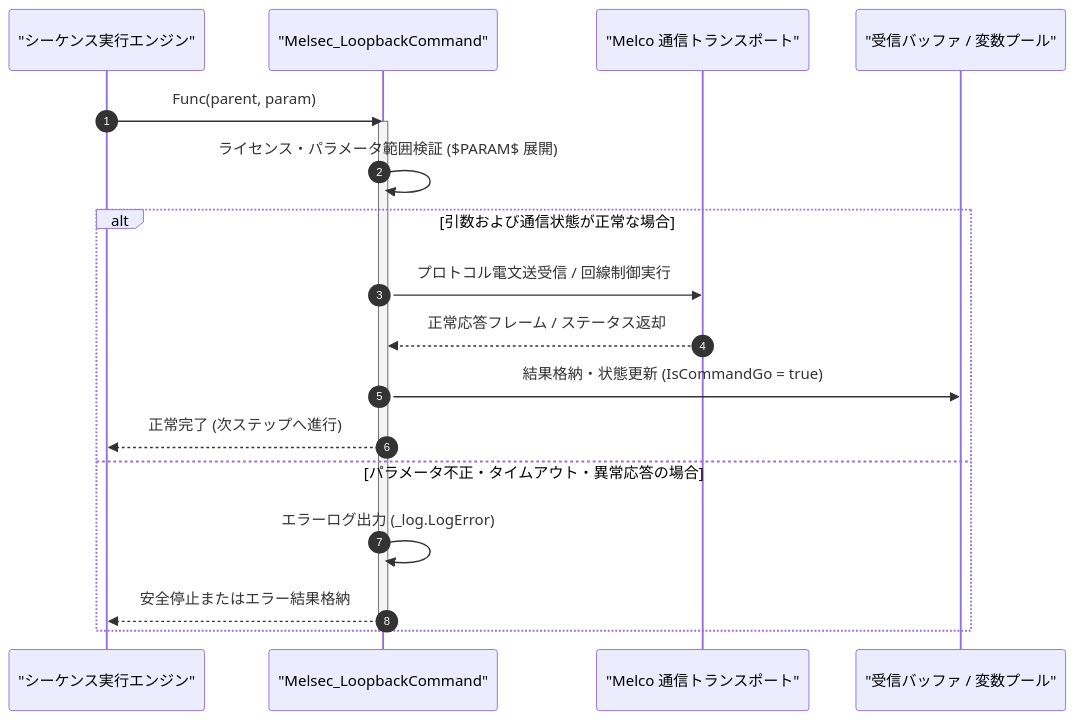
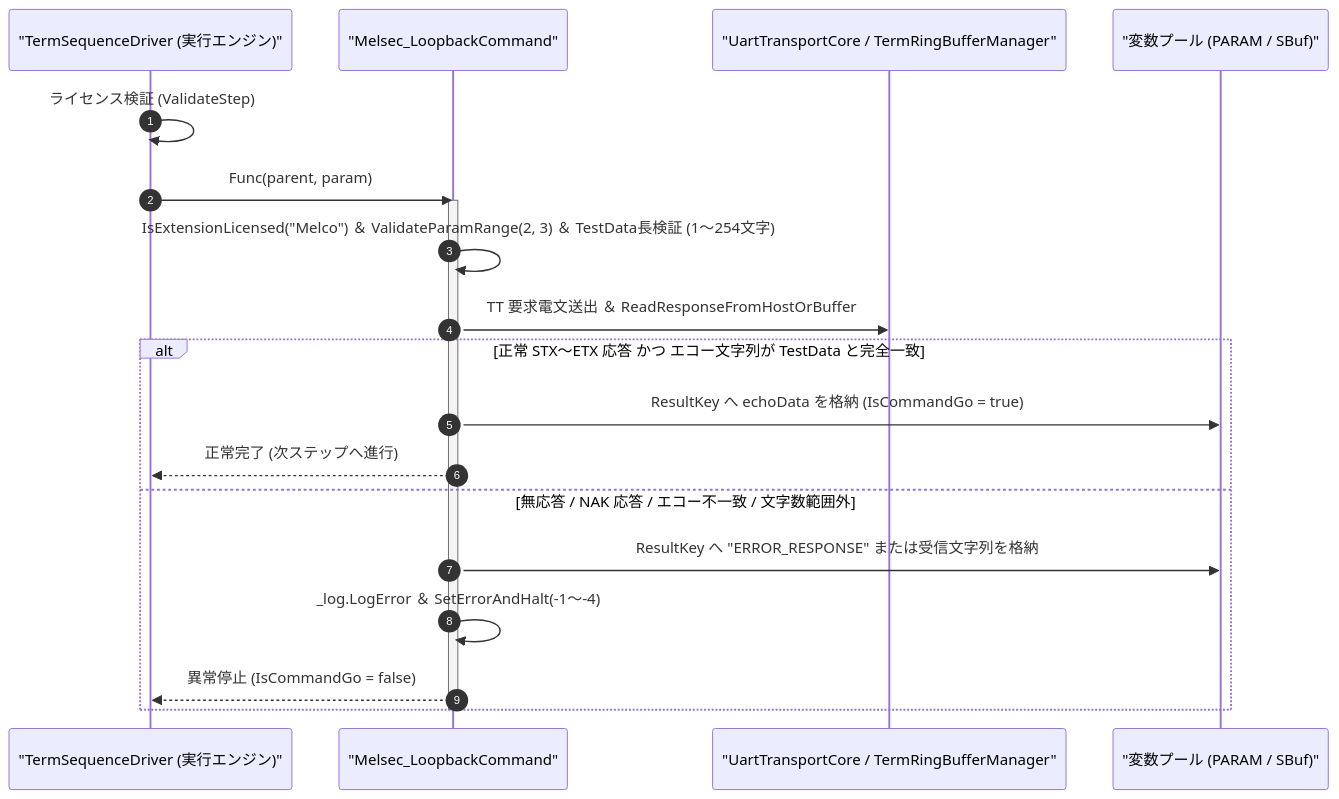
The diagram in Manual/Melco/Melsec_Loopback.Md (Monaca-App/TermAddIn), drawn with Mermaid before and after one commit. The commit also changed other lines of this file and 157 other files, not shown here.

````diff
--- a/Manual/Melco/Melsec_Loopback.Md
+++ b/Manual/Melco/Melsec_Loopback.Md
@@ -68,22 +67,23 @@
 ```mermaid
 sequenceDiagram
     autonumber
-    participant Script as "シーケンス実行エンジン"
+    participant Driver as "TermSequenceDriver (実行エンジン)"
     participant Cmd as "Melsec_LoopbackCommand"
-    participant Trans as "Melco 通信トランスポート"
-    participant Buf as "受信バッファ / 変数プール"
+    participant Port as "UartTransportCore / TermRingBufferManager"
+    participant Buf as "変数プール (PARAM / SBuf)"
 
-    Script->>Cmd: Func(parent, param)
+    Driver->>Driver: ライセンス検証 (ValidateStep)
+    Driver->>Cmd: Func(parent, param)
     activate Cmd
-    Cmd->>Cmd: ライセンス・パラメータ範囲検証 ($PARAM$ 展開)
-    alt 引数および通信状態が正常な場合
-        Cmd->>Trans: プロトコル電文送受信 / 回線制御実行
-        Trans-->>Cmd: 正常応答フレーム / ステータス返却
-        Cmd->>Buf: 結果格納・状態更新 (IsCommandGo = true)
-        Cmd-->>Script: 正常完了 (次ステップへ進行)
-    else パラメータ不正・タイムアウト・異常応答の場合
-        Cmd->>Cmd: エラーログ出力 (_log.LogError)
-        Cmd-->>Script: 安全停止またはエラー結果格納
+    Cmd->>Cmd: IsExtensionLicensed("Melco") ＆ ValidateParamRange(2, 3) ＆ TestData長検証 (1〜254文字)
+    Cmd->>Port: TT 要求電文送出 ＆ ReadResponseFromHostOrBuffer
+    alt 正常 STX〜ETX 応答 かつ エコー文字列が TestData と完全一致
+        Cmd->>Buf: ResultKey へ echoData を格納 (IsCommandGo = true)
+        Cmd-->>Driver: 正常完了 (次ステップへ進行)
+    else 無応答 / NAK 応答 / エコー不一致 / 文字数範囲外
+        Cmd->>Buf: ResultKey へ "ERROR_RESPONSE" または受信文字列を格納
+        Cmd->>Cmd: _log.LogError ＆ SetErrorAndHalt(-1〜-4)
+        Cmd-->>Driver: 異常停止 (IsCommandGo = false)
     end
     deactivate Cmd
 ```
````
